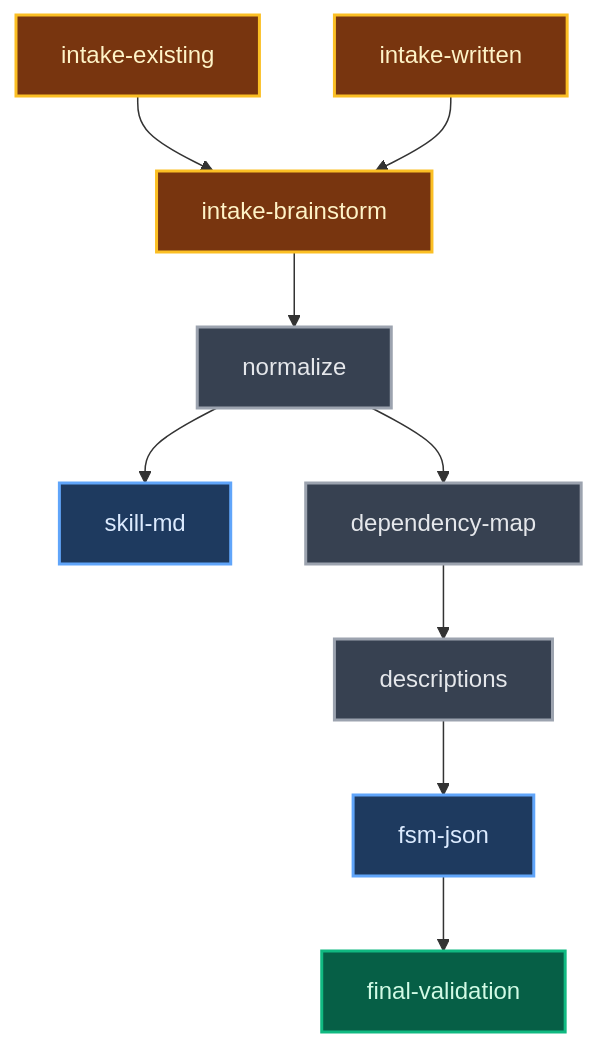
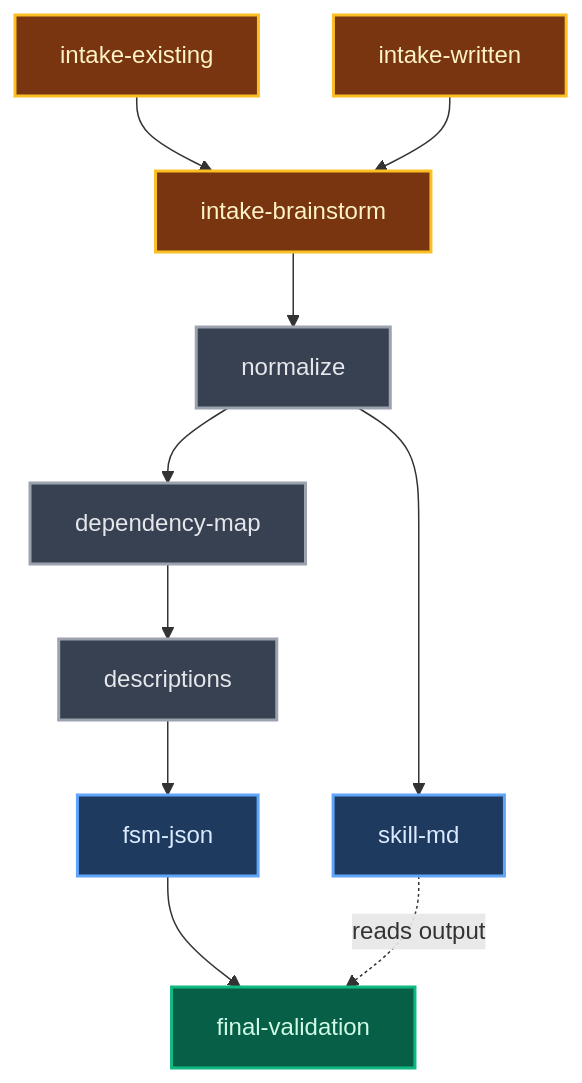
The second of 2 diagrams in openspec/changes/fsm-creating-taskflow-skills/technical.md (whfreelove/chaos-theory), drawn with Mermaid before and after one commit. The commit also changed other lines of this file and 10 other files, not shown here.

````diff
--- a/openspec/changes/fsm-creating-taskflow-skills/technical.md
+++ b/openspec/changes/fsm-creating-taskflow-skills/technical.md
@@ -53,21 +53,22 @@
 ```mermaid
 flowchart TD
     IE["intake-existing"] --> IB["intake-brainstorm"]
     IW["intake-written"] --> IB
     IB --> N["normalize"]
     N --> SM["skill-md"]
     N --> DM["dependency-map"]
     DM --> DE["descriptions"]
     DE --> FJ["fsm-json"]
     FJ --> FV["final-validation"]
+    SM -.->|reads output| FV
 
     style IE fill:#78350f,stroke:#fbbf24,stroke-width:2px,color:#fef3c7
     style IW fill:#78350f,stroke:#fbbf24,stroke-width:2px,color:#fef3c7
     style IB fill:#78350f,stroke:#fbbf24,stroke-width:2px,color:#fef3c7
     style N fill:#374151,stroke:#9ca3af,stroke-width:2px,color:#e5e7eb
     style DM fill:#374151,stroke:#9ca3af,stroke-width:2px,color:#e5e7eb
     style DE fill:#374151,stroke:#9ca3af,stroke-width:2px,color:#e5e7eb
     style SM fill:#1e3a5f,stroke:#60a5fa,stroke-width:2px,color:#dbeafe
     style FJ fill:#1e3a5f,stroke:#60a5fa,stroke-width:2px,color:#dbeafe
     style FV fill:#065f46,stroke:#10b981,stroke-width:2px,color:#d1fae5
 ```
````
